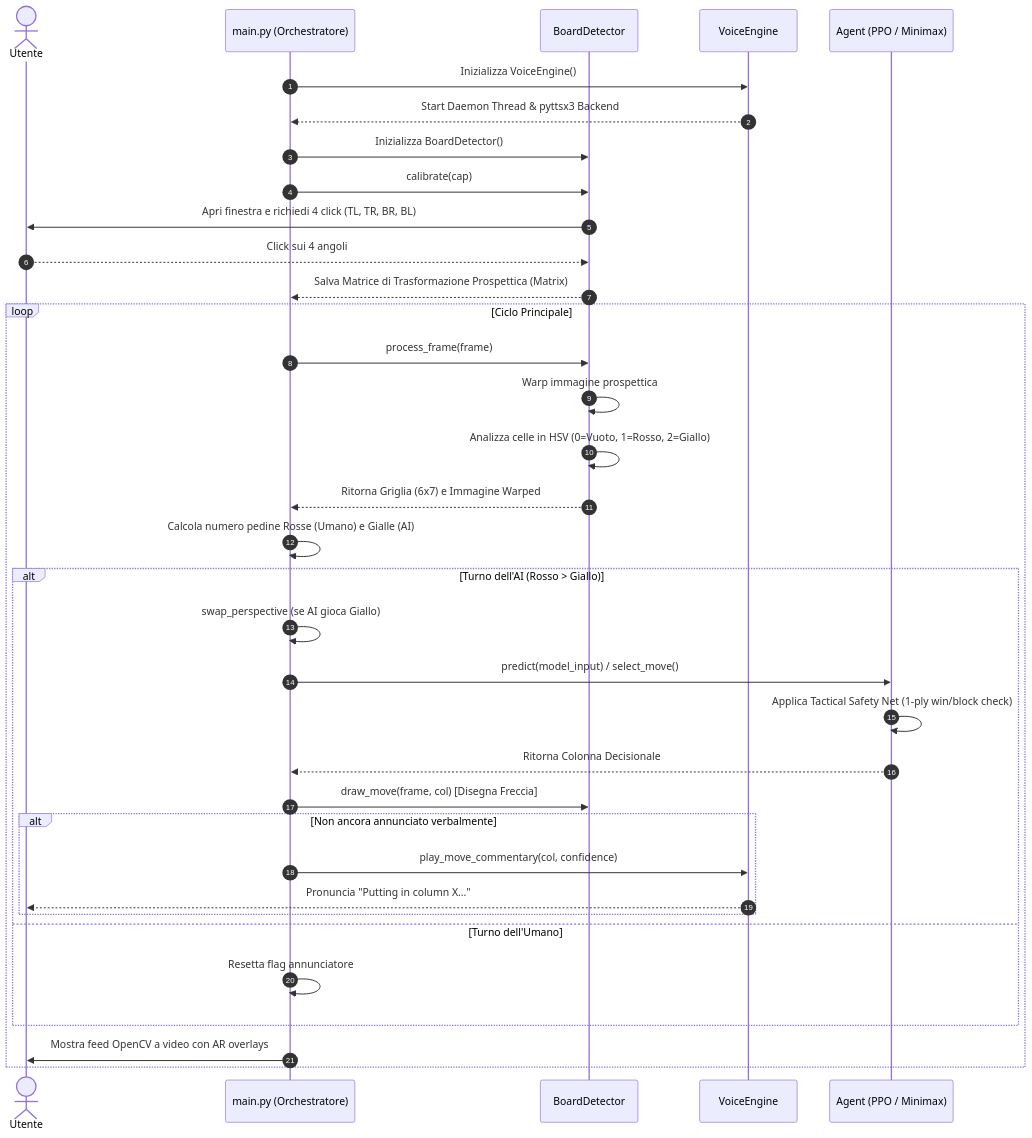
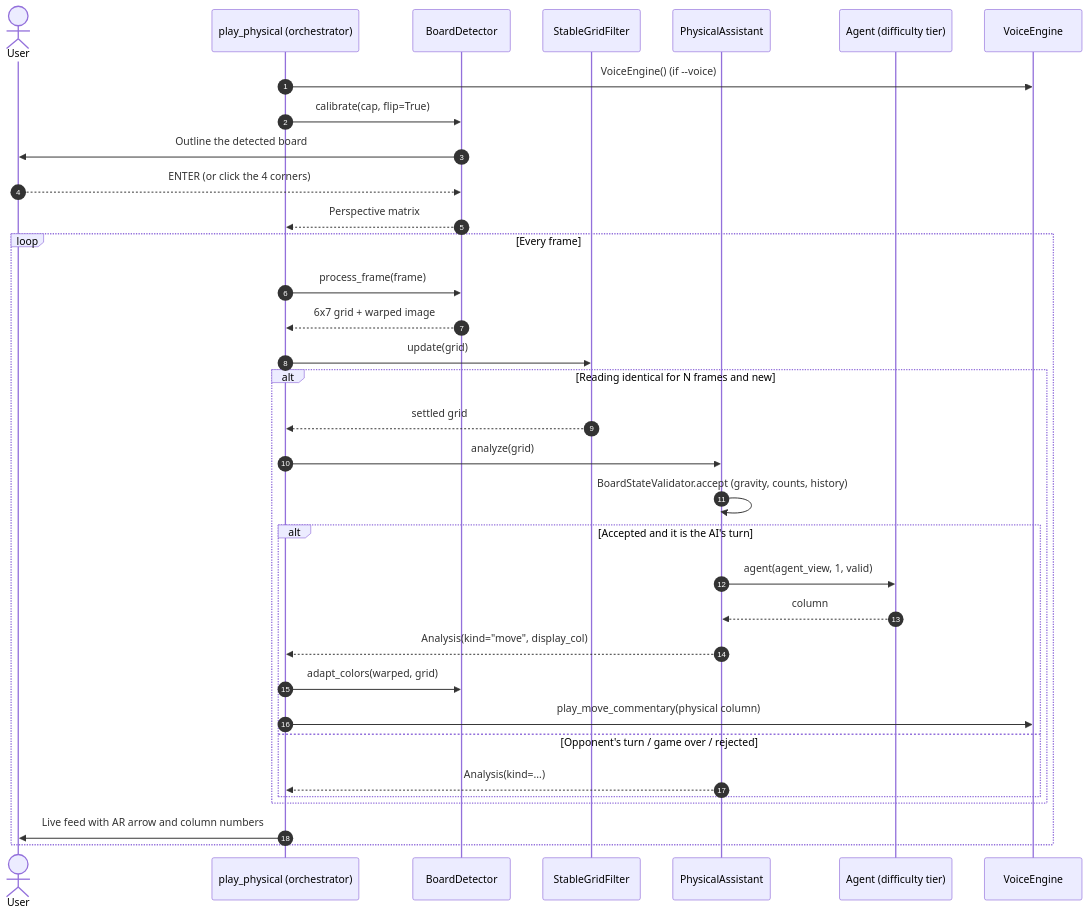
One commit to tzii/Pefforza_4 changed the second of 3 diagrams in docs/architecture_and_dataflow.md. Above: the diagram before and after it, drawn with Mermaid. The commit also changed other lines of this file and 25 other files, not shown here.

````diff
--- a/docs/architecture_and_dataflow.md
+++ b/docs/architecture_and_dataflow.md
@@ -53,40 +80,38 @@
 ```mermaid
 sequenceDiagram
     autonumber
-    actor U as Utente
-    participant M as main.py (Orchestratore)
+    actor U as User
+    participant P as play_physical (orchestrator)
     participant BD as BoardDetector
+    participant SF as StableGridFilter
+    participant PA as PhysicalAssistant
+    participant A as Agent (difficulty tier)
     participant V as VoiceEngine
-    participant RL as Agent (PPO / Minimax)
 
-    M->>V: Inizializza VoiceEngine()
-    V-->>M: Start Daemon Thread & pyttsx3 Backend
-    M->>BD: Inizializza BoardDetector()
-    M->>BD: calibrate(cap)
-    BD->>U: Apri finestra e richiedi 4 click (TL, TR, BR, BL)
-    U-->>BD: Click sui 4 angoli
-    BD-->>M: Salva Matrice di Trasformazione Prospettica (Matrix)
-    
-    loop Ciclo Principale
-        M->>BD: process_frame(frame)
-        BD->>BD: Warp immagine prospettica
-        BD->>BD: Analizza celle in HSV (0=Vuoto, 1=Rosso, 2=Giallo)
-        BD-->>M: Ritorna Griglia (6x7) e Immagine Warped
-        
-        M->>M: Calcola numero pedine Rosse (Umano) e Gialle (AI)
-        alt Turno dell'AI (Rosso > Giallo)
-            M->>M: swap_perspective (se AI gioca Giallo)
-            M->>RL: predict(model_input) / select_move()
-            RL->>RL: Applica Tactical Safety Net (1-ply win/block check)
-            RL-->>M: Ritorna Colonna Decisionale
-            M->>BD: draw_move(frame, col) [Disegna Freccia]
-            alt Non ancora annunciato verbalmente
-                M->>V: play_move_commentary(col, confidence)
-                V-->>U: Pronuncia "Putting in column X..."
+    P->>V: VoiceEngine() (if --voice)
+    P->>BD: calibrate(cap, flip=True)
+    BD->>U: Outline the detected board
+    U-->>BD: ENTER (or click the 4 corners)
+    BD-->>P: Perspective matrix
+
+    loop Every frame
+        P->>BD: process_frame(frame)
+        BD-->>P: 6x7 grid + warped image
+        P->>SF: update(grid)
+        alt Reading identical for N frames and new
+            SF-->>P: settled grid
+            P->>PA: analyze(grid)
+            PA->>PA: BoardStateValidator.accept (gravity, counts, history)
+            alt Accepted and it is the AI's turn
+                PA->>A: agent(agent_view, 1, valid)
+                A-->>PA: column
+                PA-->>P: Analysis(kind="move", display_col)
+                P->>BD: adapt_colors(warped, grid)
+                P->>V: play_move_commentary(physical column)
+            else Opponent's turn / game over / rejected
+                PA-->>P: Analysis(kind=...)
             end
-        else Turno dell'Umano
-            M->>M: Resetta flag annunciatore
         end
-        M->>U: Mostra feed OpenCV a video con AR overlays
+        P->>U: Live feed with AR arrow and column numbers
     end
 ```
````
